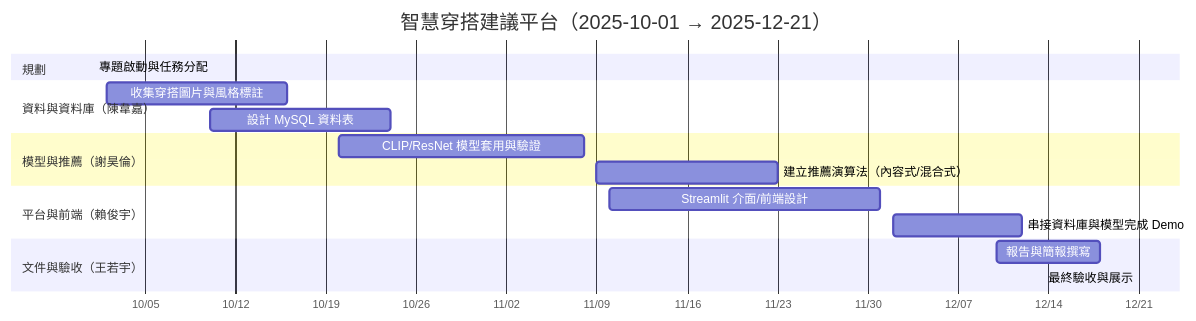
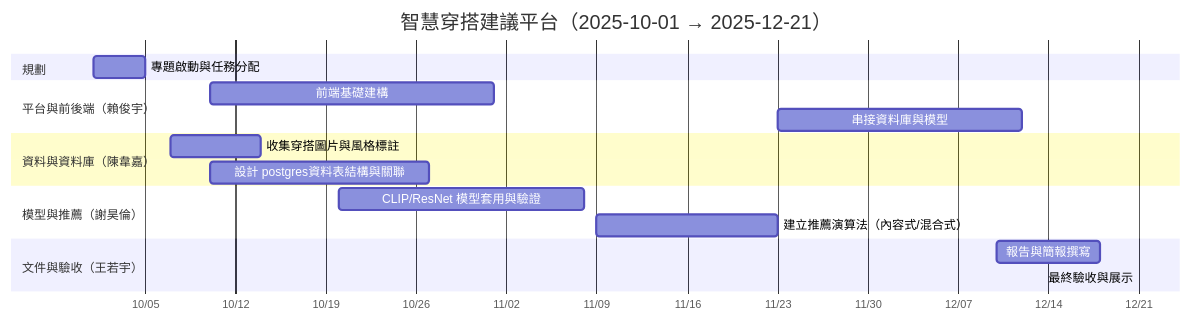
The first of 2 diagrams in plan.md (AlvinLai6/Group-6), drawn with Mermaid before and after one commit. The commit also changed other lines of this file, not shown here.

````diff
--- a/plan.md
+++ b/plan.md
@@ -32,25 +32,25 @@
 ```mermaid
 gantt
     title 智慧穿搭建議平台（2025-10-01 → 2025-12-21）
     dateFormat  YYYY-MM-DD
     axisFormat  %m/%d
 
     section 規劃
-    專題啟動與任務分配               :a0, 2025-10-01, 2025-10-01
+    專題啟動與任務分配               :a0, 2025-10-01, 2025-10-05
+
+    section 平台與前後端（賴俊宇）
+    前端基礎建構                     :a5, 2025-10-10, 2025-11-01
+    串接資料庫與模型         :a6, 2025-11-23, 2025-12-12
 
     section 資料與資料庫（陳韋嘉）
-    收集穿搭圖片與風格標註           :a1, 2025-10-02, 2025-10-16
-    設計 MySQL 資料表                 :a2, 2025-10-10, 2025-10-24
+    收集穿搭圖片與風格標註           :a1, 2025-10-7, 2025-10-14
+    設計 postgres資料表結構與關聯                   :a2, 2025-10-10, 2025-10-27
 
     section 模型與推薦（謝昊倫）
     CLIP/ResNet 模型套用與驗證        :a3, 2025-10-20, 2025-11-08
     建立推薦演算法（內容式/混合式）   :a4, 2025-11-09, 2025-11-23
 
-    section 平台與前端（賴俊宇）
-    Streamlit 介面/前端設計           :a5, 2025-11-10, 2025-12-01
-    串接資料庫與模型完成 Demo         :a6, 2025-12-02, 2025-12-12
-
     section 文件與驗收（王若宇）
     報告與簡報撰寫                    :a7, 2025-12-10, 2025-12-18
     最終驗收與展示                    :a8, 2025-12-21, 2025-12-21
 ```
````
